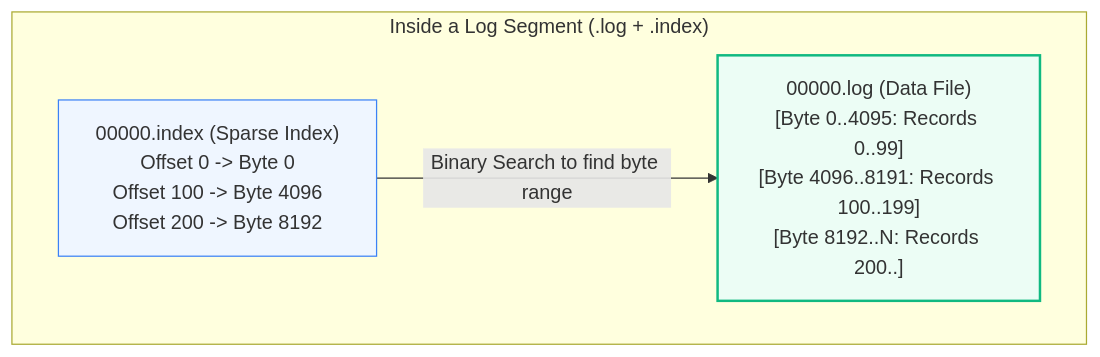
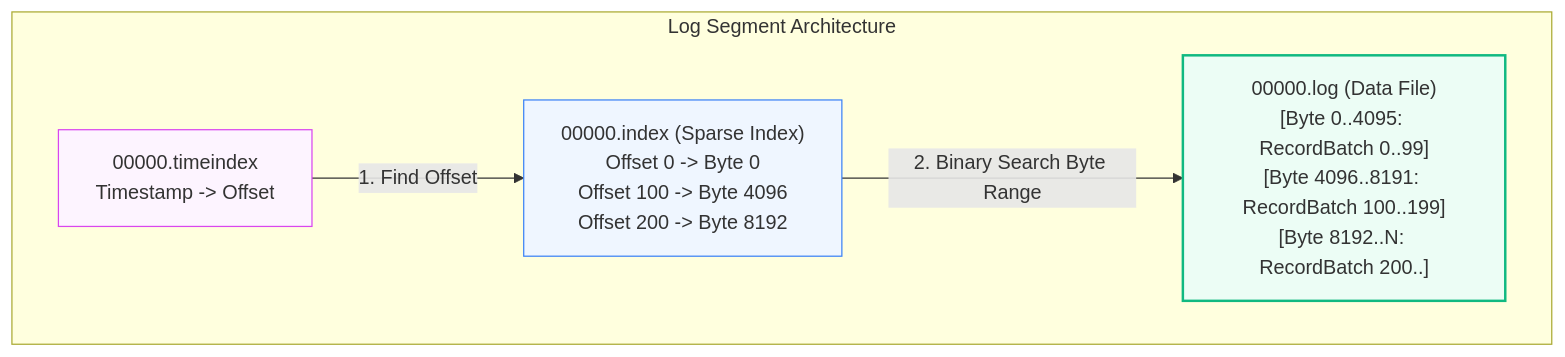
Before and after one commit to PandeyKishan/Study-Notes: the third of 4 diagrams in 03-Apache-Kafka/01-Architecture-and-Log-Internals.md, drawn with Mermaid. The commit also changed other lines of this file and 38 other files, not shown here.

````diff
--- a/03-Apache-Kafka/01-Architecture-and-Log-Internals.md
+++ b/03-Apache-Kafka/01-Architecture-and-Log-Internals.md
@@ -77,12 +79,15 @@
 ```mermaid
 flowchart TD
-    subgraph Log_Segment["Inside a Log Segment (.log + .index)"]
+    subgraph Log_Segment["Log Segment Architecture"]
+        TimeIndex["00000.timeindex\nTimestamp -> Offset"]
         OffsetIndex["00000.index (Sparse Index)\nOffset 0 -> Byte 0\nOffset 100 -> Byte 4096\nOffset 200 -> Byte 8192"]
-        LogFile["00000.log (Data File)\n[Byte 0..4095: Records 0..99]\n[Byte 4096..8191: Records 100..199]\n[Byte 8192..N: Records 200..]"]
+        LogFile["00000.log (Data File)\n[Byte 0..4095: RecordBatch 0..99]\n[Byte 4096..8191: RecordBatch 100..199]\n[Byte 8192..N: RecordBatch 200..]"]
 
-        OffsetIndex -->|Binary Search to find byte range| LogFile
+        TimeIndex -->|1. Find Offset| OffsetIndex
+        OffsetIndex -->|2. Binary Search Byte Range| LogFile
     end
 
+    style TimeIndex fill:#fdf4ff,stroke:#d946ef,stroke-width:1px
     style OffsetIndex fill:#eff6ff,stroke:#3b82f6,stroke-width:1px
     style LogFile fill:#ecfdf5,stroke:#10b981,stroke-width:2px
 ```
````
